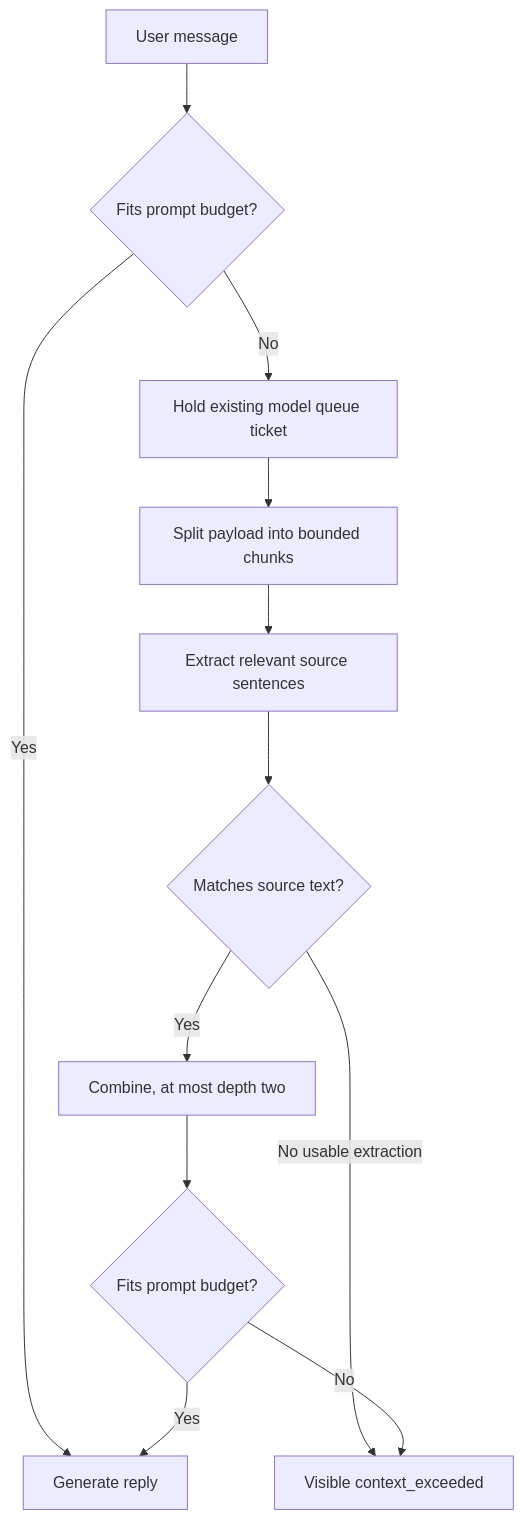
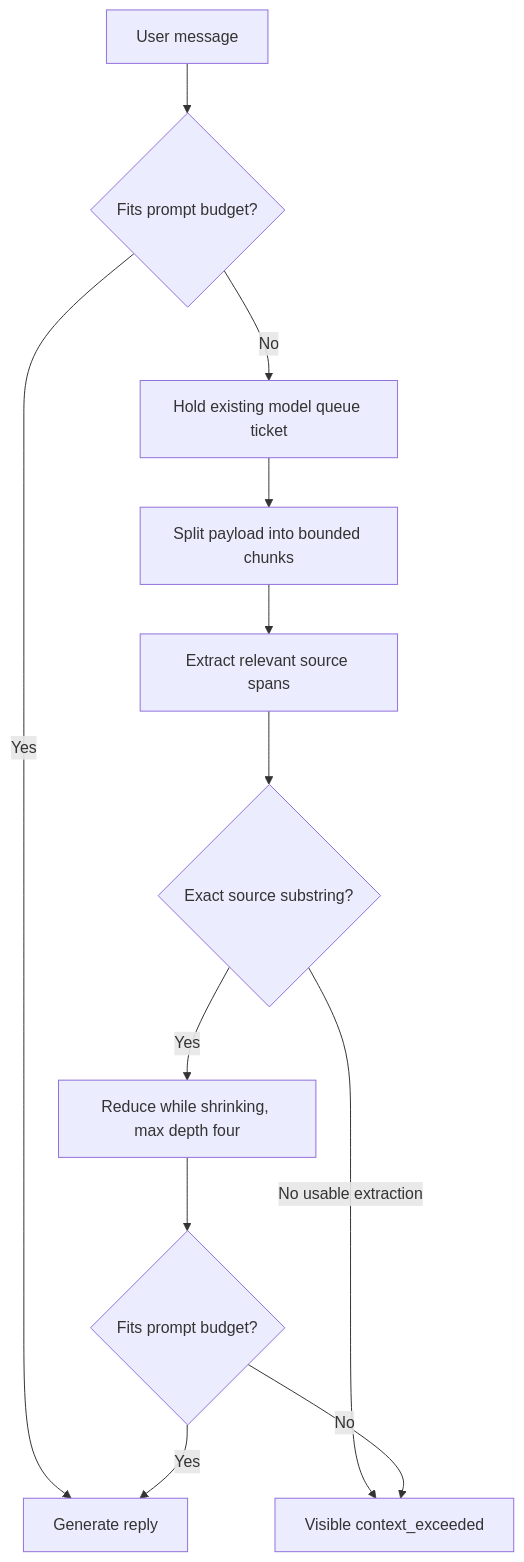
The diagram in docs/CONTEXT-OVERFLOW-FALLBACK-ARCHITECTURE.md (jacobmentalconstruct/_HomeAGENT), drawn with Mermaid before and after one commit. The commit also changed other lines of this file and 2 other files, not shown here.

````diff
--- a/docs/CONTEXT-OVERFLOW-FALLBACK-ARCHITECTURE.md
+++ b/docs/CONTEXT-OVERFLOW-FALLBACK-ARCHITECTURE.md
@@ -17,14 +27,14 @@
 ```mermaid
 flowchart TD
     Request[User message] --> Preflight{Fits prompt budget?}
     Preflight -->|Yes| Chat[Generate reply]
     Preflight -->|No| Ticket[Hold existing model queue ticket]
     Ticket --> Split[Split payload into bounded chunks]
-    Split --> Extract[Extract relevant source sentences]
-    Extract --> Validate{Matches source text?}
+    Split --> Extract[Extract relevant source spans]
+    Extract --> Validate{Exact source substring?}
     Validate -->|No usable extraction| Fail[Visible context_exceeded]
-    Validate -->|Yes| Combine[Combine, at most depth two]
-    Combine --> Fit{Fits prompt budget?}
+    Validate -->|Yes| Reduce[Reduce while shrinking, max depth four]
+    Reduce --> Fit{Fits prompt budget?}
     Fit -->|No| Fail
     Fit -->|Yes| Chat
 ```
````
